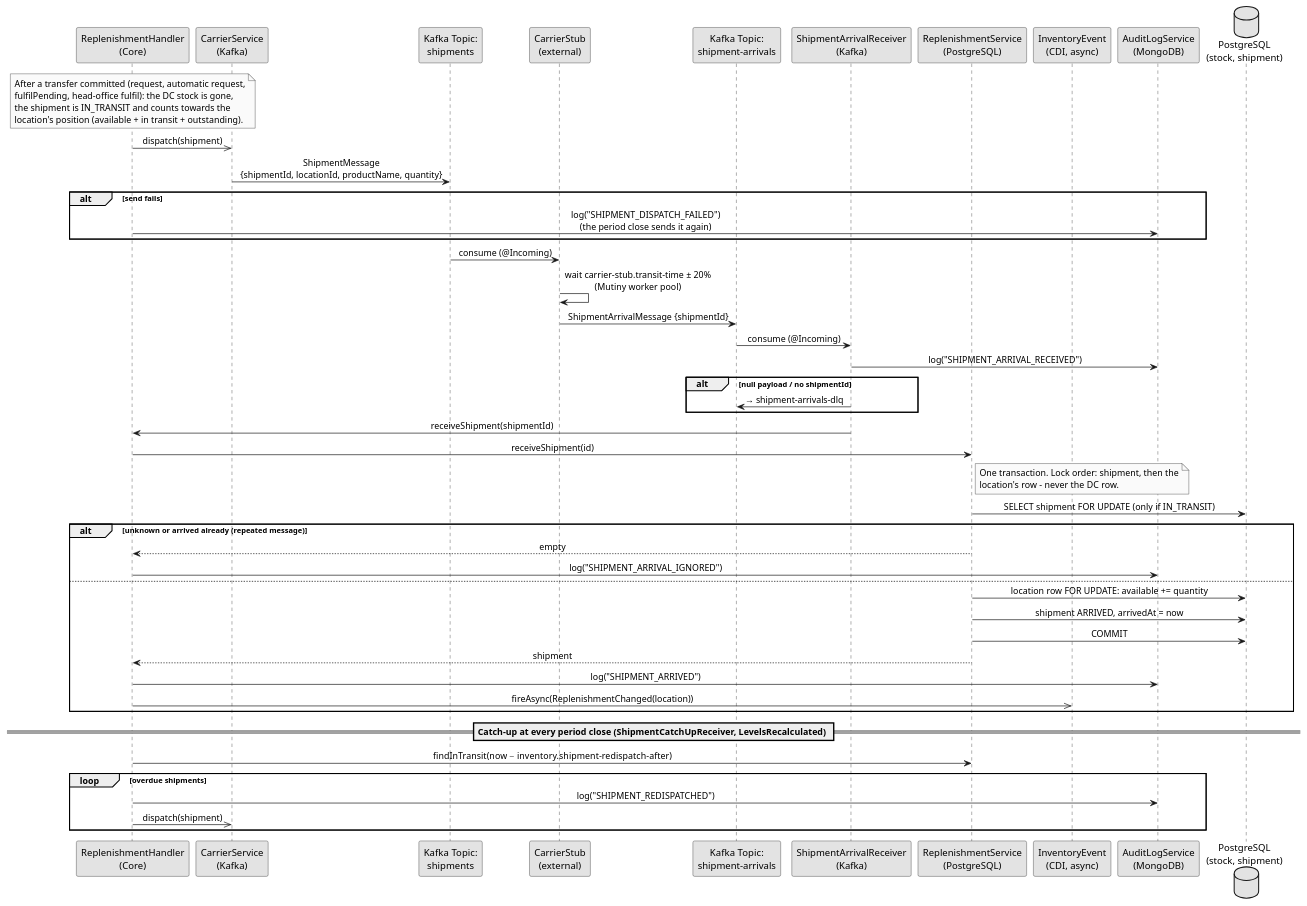
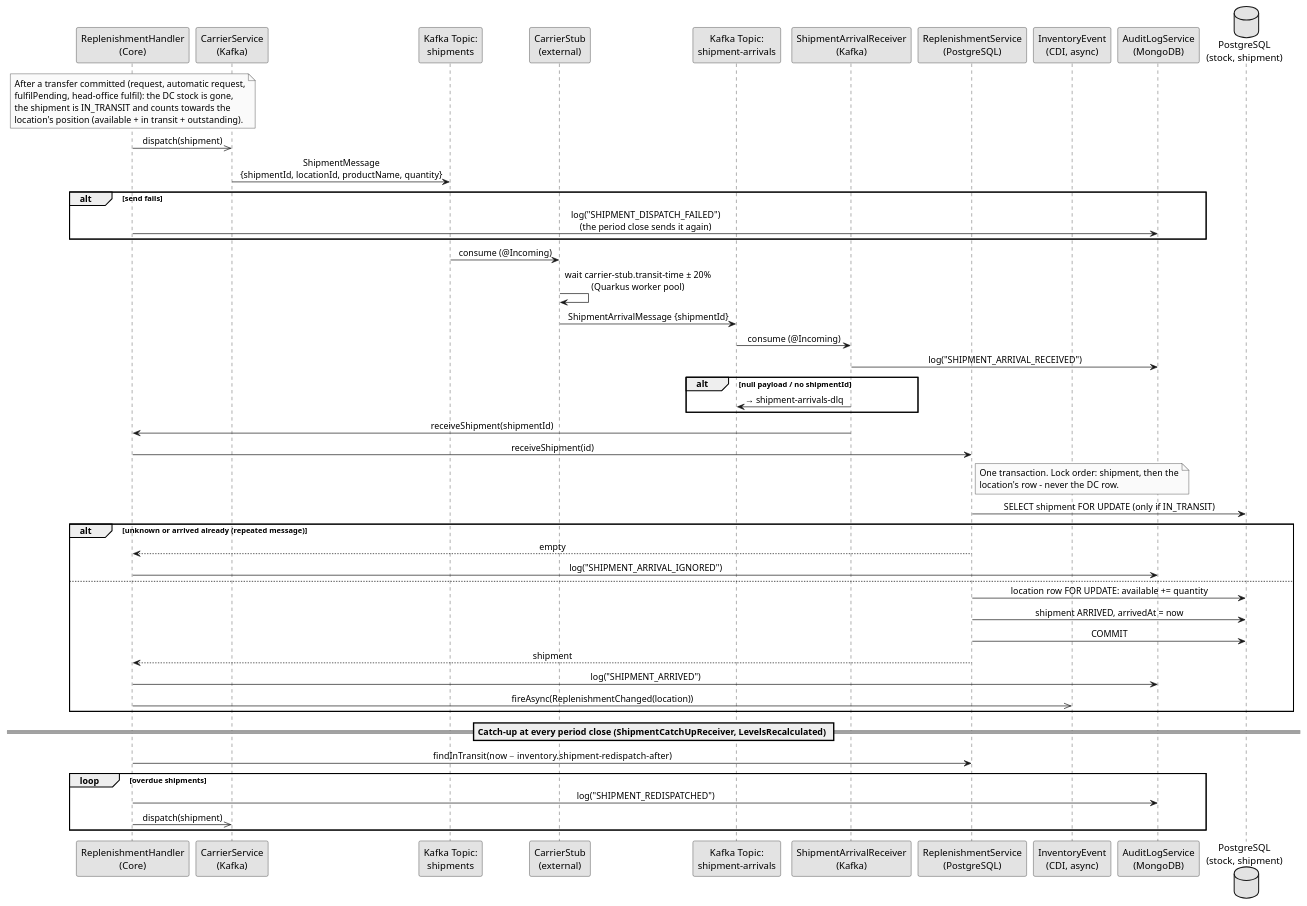
One commit to svene/2026-07-26_quarkus-hexagon-demo-mm-per-tech changed the diagram in docs/architecture/flows/in-transit.puml. Above: the diagram before and after it, drawn with PlantUML. The commit also changed 60 other files, not shown here.

```diff
--- a/docs/architecture/flows/in-transit.puml
+++ b/docs/architecture/flows/in-transit.puml
@@ -1,62 +1,62 @@
 @startuml in_transit
 skinparam monochrome true
 skinparam sequenceMessageAlign center
 skinparam backgroundColor #ffffff
 
 participant "ReplenishmentHandler\n(Core)" as handler
 participant "CarrierService\n(Kafka)" as carrier
 participant "Kafka Topic:\nshipments" as topic_out
 participant "CarrierStub\n(external)" as stub
 participant "Kafka Topic:\nshipment-arrivals" as topic_in
 participant "ShipmentArrivalReceiver\n(Kafka)" as receiver
 participant "ReplenishmentService\n(PostgreSQL)" as service
 participant "InventoryEvent\n(CDI, async)" as changes
 participant "AuditLogService\n(MongoDB)" as audit
 database "PostgreSQL\n(stock, shipment)" as db
 
 note over handler
   After a transfer committed (request, automatic request,
   fulfilPending, head-office fulfil): the DC stock is gone,
   the shipment is IN_TRANSIT and counts towards the
   location's position (available + in transit + outstanding).
 end note
 handler ->> carrier: dispatch(shipment)
 carrier -> topic_out: ShipmentMessage\n{shipmentId, locationId, productName, quantity}
 alt send fails
   handler -> audit: log("SHIPMENT_DISPATCH_FAILED")\n(the period close sends it again)
 end
 topic_out -> stub: consume (@Incoming)
-stub -> stub: wait carrier-stub.transit-time ± 20%\n(Mutiny worker pool)
+stub -> stub: wait carrier-stub.transit-time ± 20%\n(Quarkus worker pool)
 stub -> topic_in: ShipmentArrivalMessage {shipmentId}
 topic_in -> receiver: consume (@Incoming)
 receiver -> audit: log("SHIPMENT_ARRIVAL_RECEIVED")
 alt null payload / no shipmentId
   receiver -> topic_in: → shipment-arrivals-dlq
 end
 receiver -> handler: receiveShipment(shipmentId)
 handler -> service: receiveShipment(id)
 note right of service
   One transaction. Lock order: shipment, then the
   location's row - never the DC row.
 end note
 service -> db: SELECT shipment FOR UPDATE (only if IN_TRANSIT)
 alt unknown or arrived already (repeated message)
   service --> handler: empty
   handler -> audit: log("SHIPMENT_ARRIVAL_IGNORED")
 else
   service -> db: location row FOR UPDATE: available += quantity
   service -> db: shipment ARRIVED, arrivedAt = now
   service -> db: COMMIT
   service --> handler: shipment
   handler -> audit: log("SHIPMENT_ARRIVED")
   handler ->> changes: fireAsync(ReplenishmentChanged(location))
 end
 
 == Catch-up at every period close (ShipmentCatchUpReceiver, LevelsRecalculated) ==
 handler -> service: findInTransit(now − inventory.shipment-redispatch-after)
 loop overdue shipments
   handler -> audit: log("SHIPMENT_REDISPATCHED")
   handler ->> carrier: dispatch(shipment)
 end
 
 @enduml
```
